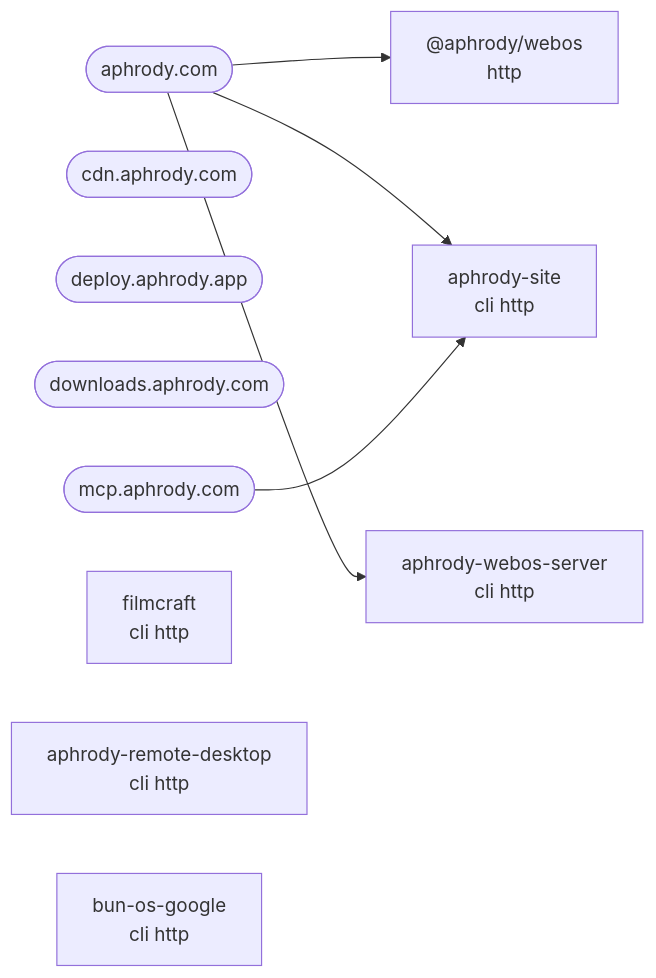
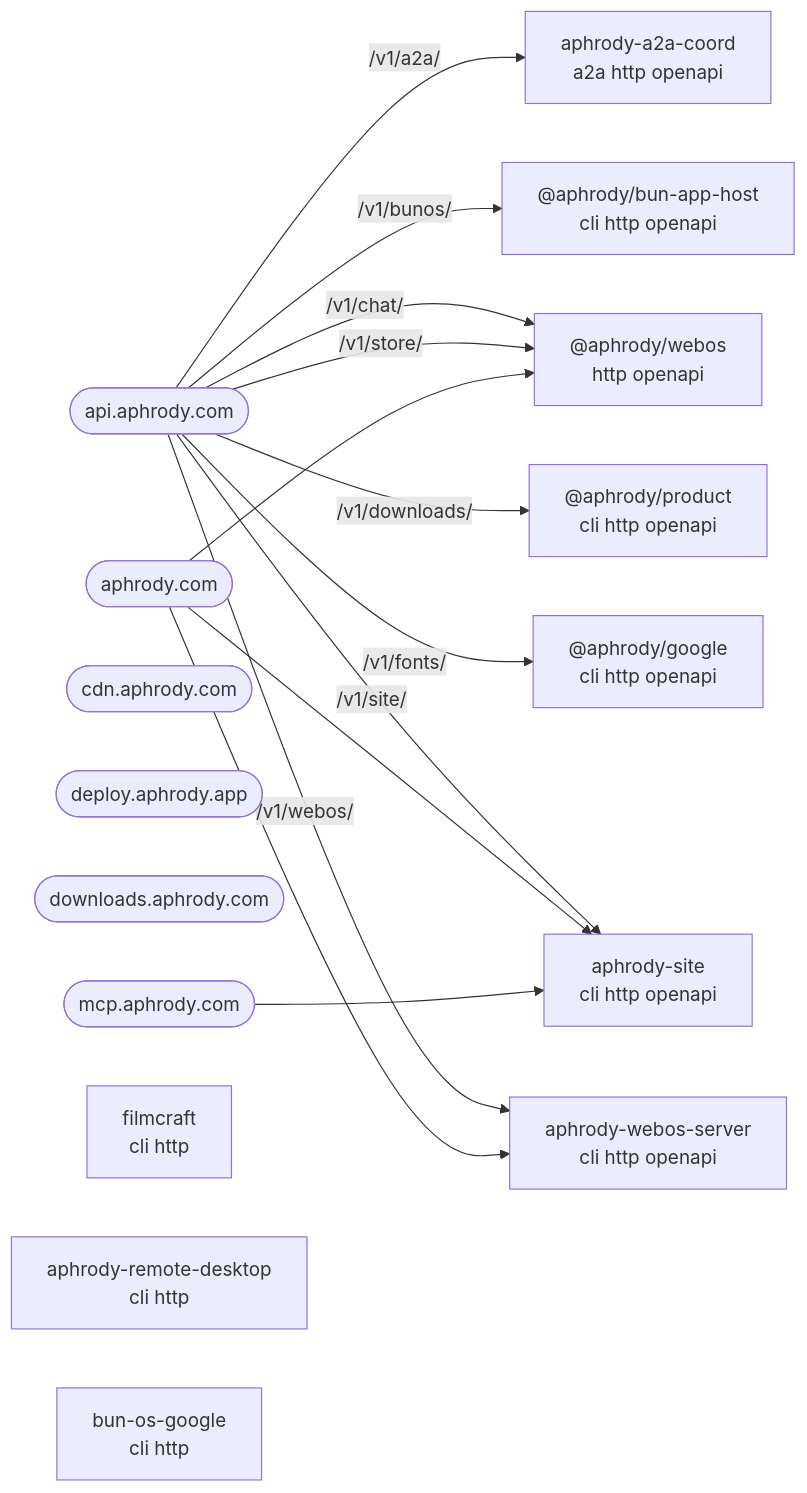
One commit to aphrody-labs/bun-os changed the diagram in docs/ops/SERVICES.md. Above: the diagram before and after it, drawn with Mermaid. The commit also changed other lines of this file and 47 other files, not shown here.

````diff
--- a/docs/ops/SERVICES.md
+++ b/docs/ops/SERVICES.md
@@ -12,18 +47,31 @@
 ```mermaid
 flowchart LR
+  api(["api.aphrody.com"])
   h_aphrody_com(["aphrody.com"])
   h_cdn_aphrody_com(["cdn.aphrody.com"])
   h_deploy_aphrody_app(["deploy.aphrody.app"])
   h_downloads_aphrody_com(["downloads.aphrody.com"])
   h_mcp_aphrody_com(["mcp.aphrody.com"])
   apps_filmcraft["filmcraft<br/>cli http"]
-  apps_webos["@aphrody/webos<br/>http"]
+  apps_webos["@aphrody/webos<br/>http openapi"]
+  crates_aphrody_a2a_coord["aphrody-a2a-coord<br/>a2a http openapi"]
   crates_aphrody_remote_desktop["aphrody-remote-desktop<br/>cli http"]
-  crates_aphrody_site["aphrody-site<br/>cli http"]
-  crates_aphrody_webos_server["aphrody-webos-server<br/>cli http"]
+  crates_aphrody_site["aphrody-site<br/>cli http openapi"]
+  crates_aphrody_webos_server["aphrody-webos-server<br/>cli http openapi"]
   crates_bun_os_google["bun-os-google<br/>cli http"]
+  packages_bun_app_host["@aphrody/bun-app-host<br/>cli http openapi"]
+  packages_google["@aphrody/google<br/>cli http openapi"]
+  packages_product["@aphrody/product<br/>cli http openapi"]
+  api -- "/v1/a2a/" --> crates_aphrody_a2a_coord
+  api -- "/v1/bunos/" --> packages_bun_app_host
+  api -- "/v1/chat/" --> apps_webos
+  api -- "/v1/downloads/" --> packages_product
+  api -- "/v1/fonts/" --> packages_google
+  api -- "/v1/site/" --> crates_aphrody_site
+  api -- "/v1/store/" --> apps_webos
+  api -- "/v1/webos/" --> crates_aphrody_webos_server
   h_aphrody_com --> apps_webos
   h_aphrody_com --> crates_aphrody_site
   h_mcp_aphrody_com --> crates_aphrody_site
   h_aphrody_com --> crates_aphrody_webos_server
 ```
````
